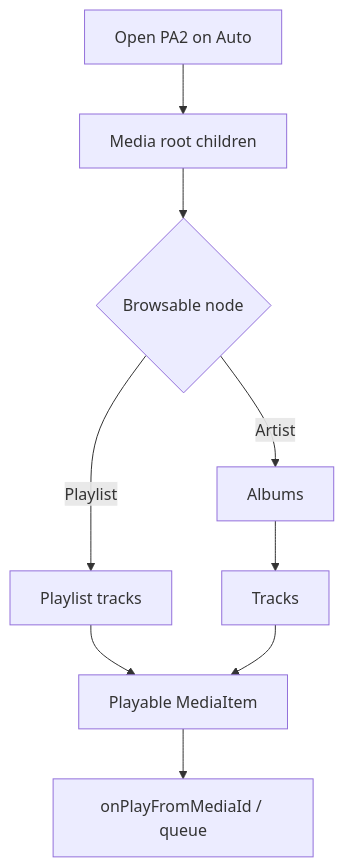
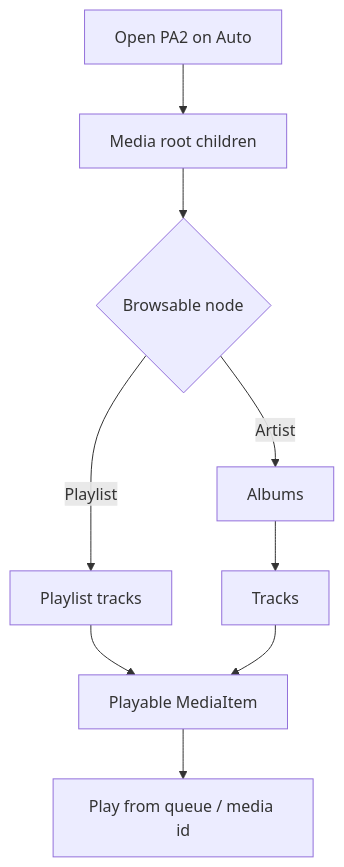
The second of 2 diagrams in docs/ux-research/02-task-analysis-and-flows.md (shahzebqazi/PowerAmpache2PluginTemplate), drawn with Mermaid before and after one commit. The commit also changed other lines of this file and 275 other files, not shown here.

````diff
--- a/docs/ux-research/02-task-analysis-and-flows.md
+++ b/docs/ux-research/02-task-analysis-and-flows.md
@@ -62,11 +42,11 @@
 ```mermaid
 flowchart TD
   Start[Open PA2 on Auto] --> Root[Media root children]
   Root --> L1{Browsable node}
   L1 -->|Playlist| PList[Playlist tracks]
   L1 -->|Artist| Art[Albums]
   Art --> Alb[Tracks]
   PList --> Leaf[Playable MediaItem]
   Alb --> Leaf
-  Leaf --> Play[onPlayFromMediaId / queue]
+  Leaf --> Play[Play from queue / media id]
 ```
````
